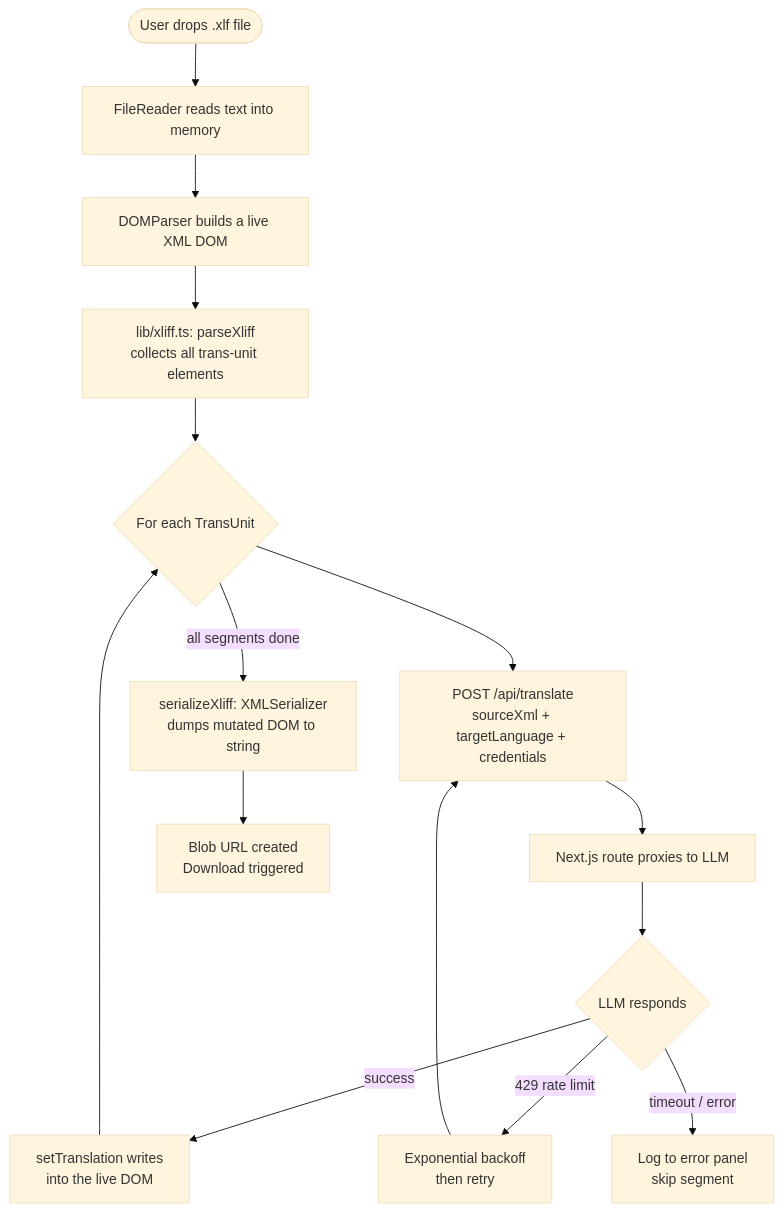
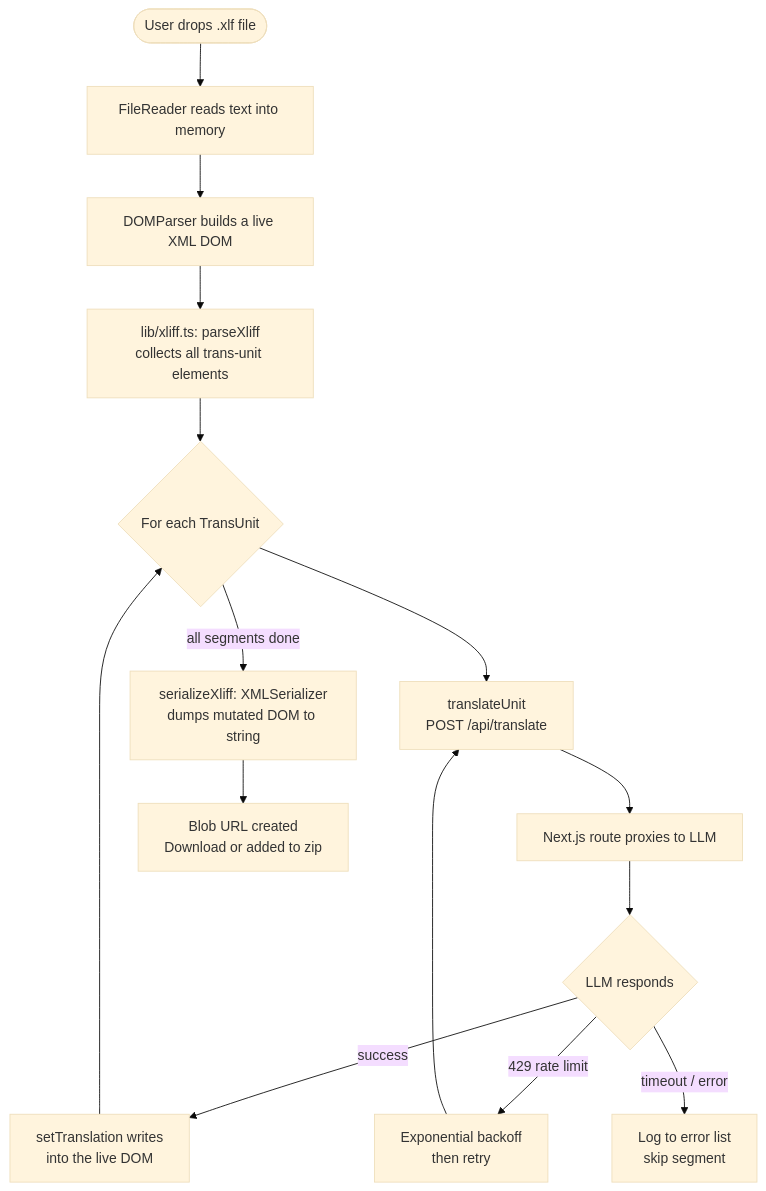
One commit to thebobak/autol10n changed the first of 4 diagrams in ARCHITECTURE.md. Above: the diagram before and after it, drawn with Mermaid (base theme). The commit also changed other lines of this file and 18 other files, not shown here.

````diff
--- a/ARCHITECTURE.md
+++ b/ARCHITECTURE.md
@@ -41,17 +52,17 @@
 ```mermaid
 flowchart TD
     A([User drops .xlf file]) --> B[FileReader reads text into memory]
     B --> C[DOMParser builds a live XML DOM]
     C --> D[lib/xliff.ts: parseXliff\ncollects all trans-unit elements]
     D --> E{For each TransUnit}
-    E --> F[POST /api/translate\nsourceXml + targetLanguage + credentials]
+    E --> F[translateUnit\nPOST /api/translate]
     F --> G[Next.js route proxies to LLM]
     G --> H{LLM responds}
     H -- success --> I[setTranslation writes\n<target> into the live DOM]
     H -- 429 rate limit --> J[Exponential backoff\nthen retry]
-    H -- timeout / error --> K[Log to error panel\nskip segment]
+    H -- timeout / error --> K[Log to error list\nskip segment]
     J --> F
     I --> E
     E -- all segments done --> L[serializeXliff: XMLSerializer\ndumps mutated DOM to string]
-    L --> M[Blob URL created\nDownload triggered]
+    L --> M[Blob URL created\nDownload or added to zip]
 ```
````
